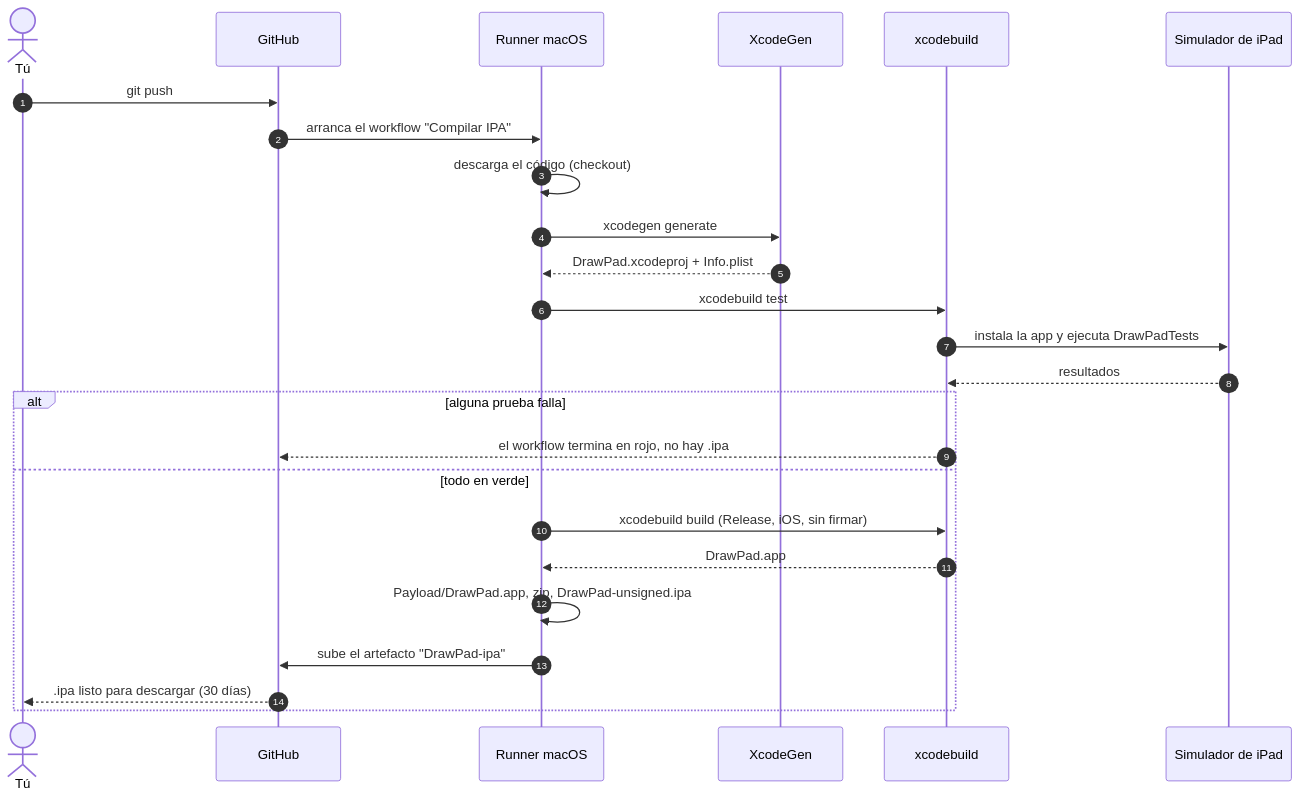
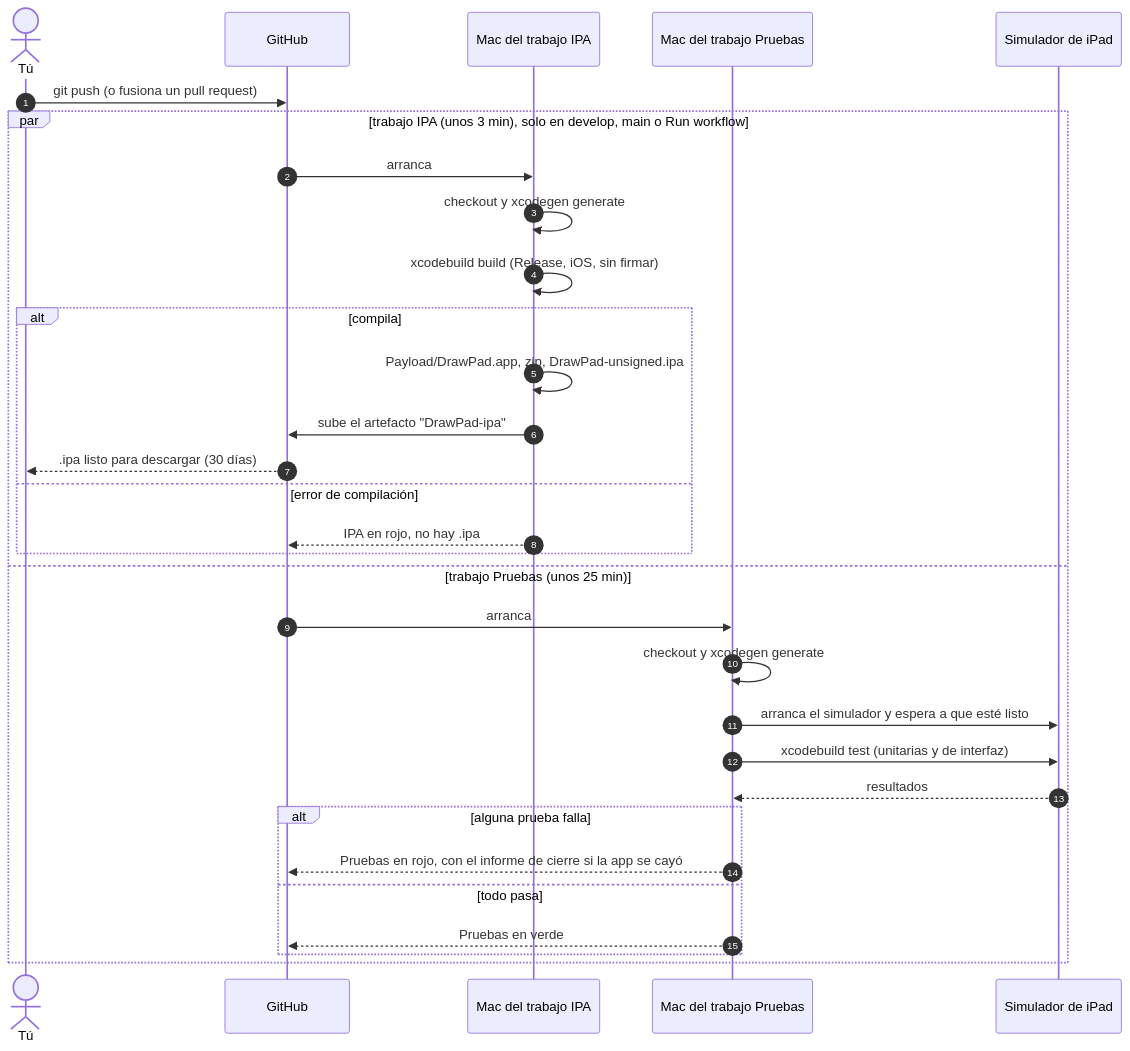
The second of 3 diagrams in docs/compilacion-e-instalacion.md (jhonjairo6230/DrawPad), drawn with Mermaid before and after one commit. The commit also changed other lines of this file and 134 other files, not shown here.

````diff
--- a/docs/compilacion-e-instalacion.md
+++ b/docs/compilacion-e-instalacion.md
@@ -26,28 +39,34 @@
 ```mermaid
 sequenceDiagram
     autonumber
     actor Dev as Tú
     participant GH as GitHub
-    participant Mac as Runner macOS
-    participant XG as XcodeGen
-    participant XB as xcodebuild
+    participant M1 as Mac del trabajo IPA
+    participant M2 as Mac del trabajo Pruebas
     participant Sim as Simulador de iPad
 
-    Dev->>GH: git push
-    GH->>Mac: arranca el workflow "Compilar IPA"
-    Mac->>Mac: descarga el código (checkout)
-    Mac->>XG: xcodegen generate
-    XG-->>Mac: DrawPad.xcodeproj + Info.plist
-    Mac->>XB: xcodebuild test
-    XB->>Sim: instala la app y ejecuta DrawPadTests
-    Sim-->>XB: resultados
-    alt alguna prueba falla
-        XB-->>GH: el workflow termina en rojo, no hay .ipa
-    else todo en verde
-        Mac->>XB: xcodebuild build (Release, iOS, sin firmar)
-        XB-->>Mac: DrawPad.app
-        Mac->>Mac: Payload/DrawPad.app, zip, DrawPad-unsigned.ipa
-        Mac->>GH: sube el artefacto "DrawPad-ipa"
-        GH-->>Dev: .ipa listo para descargar (30 días)
+    Dev->>GH: git push (o fusiona un pull request)
+    par trabajo IPA (unos 3 min), solo en develop, main o Run workflow
+        GH->>M1: arranca
+        M1->>M1: checkout y xcodegen generate
+        M1->>M1: xcodebuild build (Release, iOS, sin firmar)
+        alt compila
+            M1->>M1: Payload/DrawPad.app, zip, DrawPad-unsigned.ipa
+            M1->>GH: sube el artefacto "DrawPad-ipa"
+            GH-->>Dev: .ipa listo para descargar (30 días)
+        else error de compilación
+            M1-->>GH: IPA en rojo, no hay .ipa
+        end
+    and trabajo Pruebas (unos 25 min)
+        GH->>M2: arranca
+        M2->>M2: checkout y xcodegen generate
+        M2->>Sim: arranca el simulador y espera a que esté listo
+        M2->>Sim: xcodebuild test (unitarias y de interfaz)
+        Sim-->>M2: resultados
+        alt alguna prueba falla
+            M2-->>GH: Pruebas en rojo, con el informe de cierre si la app se cayó
+        else todo pasa
+            M2-->>GH: Pruebas en verde
+        end
     end
 ```
````
